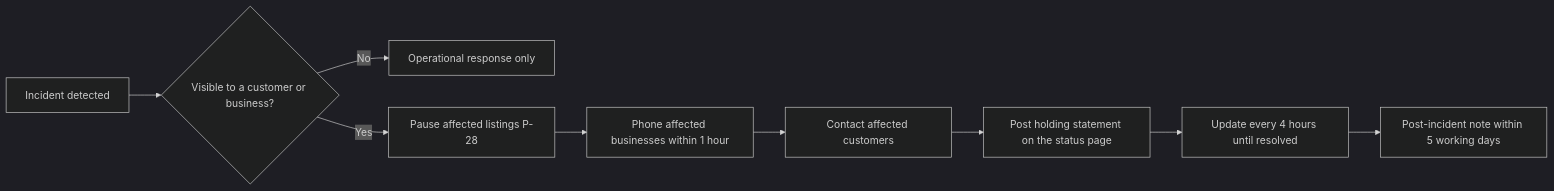
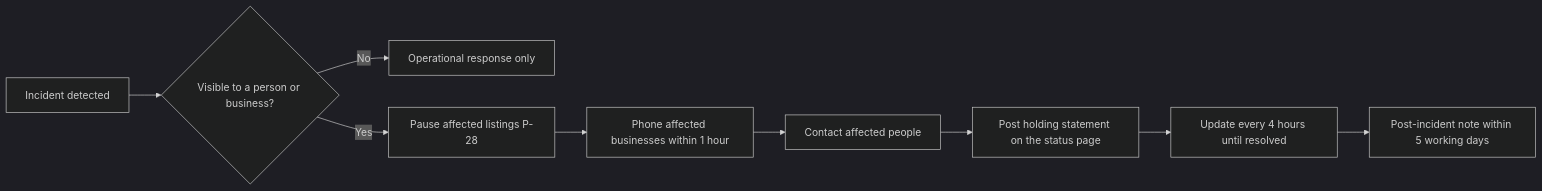
One commit to Jannisar01/hitchpost changed the diagram in docs/sad/29-go-to-market-plan.md. Above: the diagram before and after it, drawn with Mermaid (dark theme). The commit also changed other lines of this file and 39 other files, not shown here.

````diff
--- a/docs/sad/29-go-to-market-plan.md
+++ b/docs/sad/29-go-to-market-plan.md
@@ -214,11 +238,11 @@
 ```mermaid
 flowchart LR
-  A[Incident detected] --> B{Visible to a customer or business?}
+  A[Incident detected] --> B{Visible to a person or business?}
   B -- No --> Z[Operational response only]
   B -- Yes --> C[Pause affected listings P-28]
   C --> D[Phone affected businesses within 1 hour]
-  D --> E[Contact affected customers]
+  D --> E[Contact affected people]
   E --> F[Post holding statement on the status page]
   F --> G[Update every 4 hours until resolved]
   G --> H[Post-incident note within 5 working days]
 ```
````
